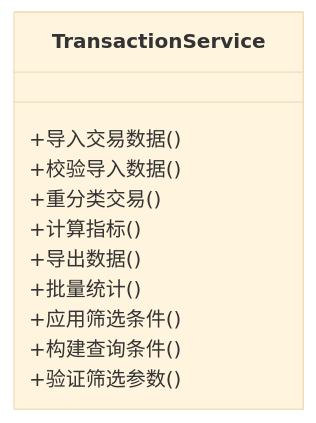
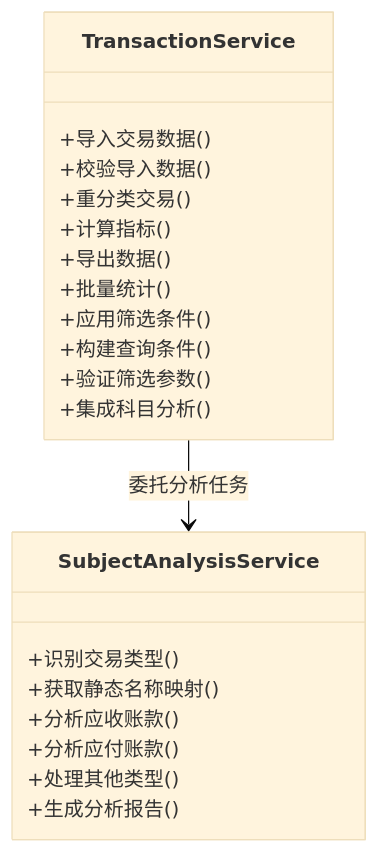
Before and after one commit to Damao997/newproject: the fourth of 10 diagrams in .qoder/repowiki/zh/content/核心模块/交易分析模块.md, drawn with Mermaid (base theme). The commit also changed other lines of this file and 26 other files, not shown here.

````diff
--- a/.qoder/repowiki/zh/content/核心模块/交易分析模块.md
+++ b/.qoder/repowiki/zh/content/核心模块/交易分析模块.md
@@ -204,14 +232,24 @@
 ```mermaid
 classDiagram
 class TransactionService {
 +导入交易数据()
 +校验导入数据()
 +重分类交易()
 +计算指标()
 +导出数据()
 +批量统计()
 +应用筛选条件()
 +构建查询条件()
 +验证筛选参数()
++集成科目分析()
 }
+class SubjectAnalysisService {
++识别交易类型()
++获取静态名称映射()
++分析应收账款()
++分析应付账款()
++处理其他类型()
++生成分析报告()
+}
+TransactionService --> SubjectAnalysisService : 委托分析任务
 ```
````
